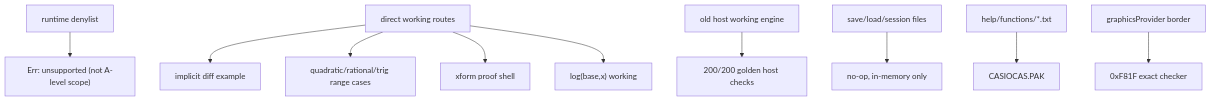
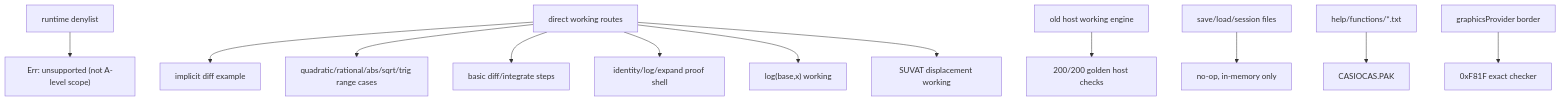
Before and after one commit to james8464/notes-addin-casio-fx-cg50: the third of 7 diagrams in docs/GRAPH.md, drawn with Mermaid. The commit also changed other lines of this file and 8 other files, not shown here.

Commit message:
expand shared working routes

````diff
--- a/docs/GRAPH.md
+++ b/docs/GRAPH.md
@@ -44,12 +44,14 @@
 ```mermaid
 graph TD
   Guard["runtime denylist"] --> Unsupported["Err: unsupported (not A-level scope)"]
   Direct["direct working routes"] --> Implicit["implicit diff example"]
-  Direct --> Range["quadratic/rational/trig range cases"]
-  Direct --> Xform["xform proof shell"]
+  Direct --> Range["quadratic/rational/abs/sqrt/trig range cases"]
+  Direct --> DiffInt["basic diff/integrate steps"]
+  Direct --> Xform["identity/log/expand proof shell"]
   Direct --> Log["log(base,x) working"]
+  Direct --> Suvat["SUVAT displacement working"]
   Host["old host working engine"] --> Queue["200/200 golden host checks"]
   Session["save/load/session files"] --> Disabled["no-op, in-memory only"]
   Help["help/functions/*.txt"] --> Pak["CASIOCAS.PAK"]
   Border["graphicsProvider border"] --> Pink["0xF81F exact checker"]
 ```
````
